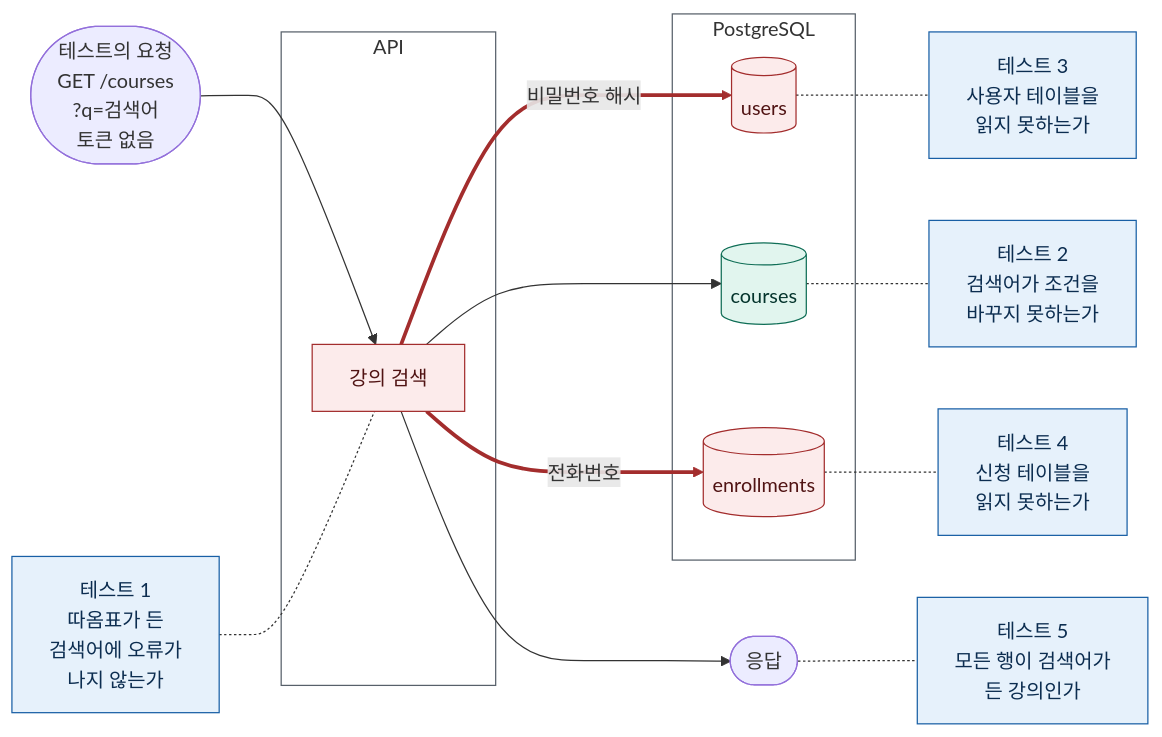
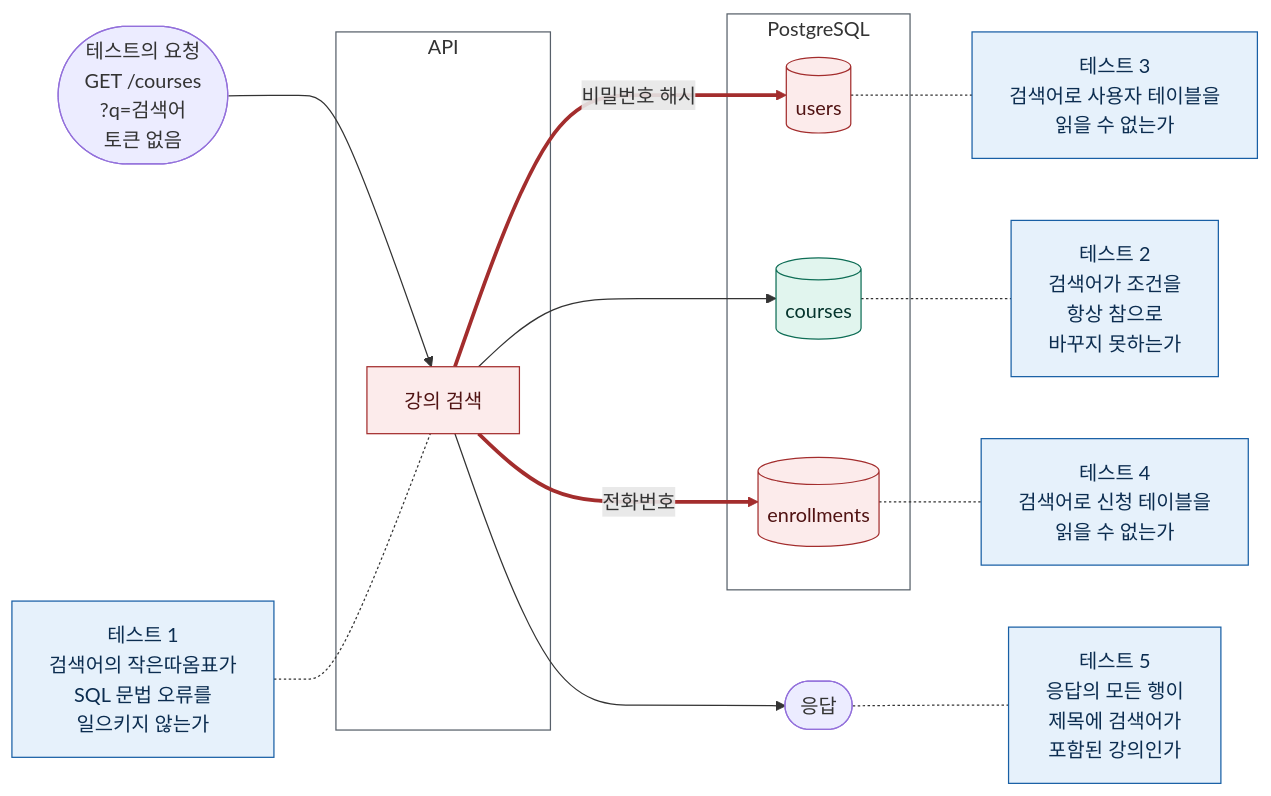
The second of 5 diagrams in docs/diagnosis/defect-6.md (loquemedalagana/secure-enroll-demo), drawn with Mermaid before and after one commit. The commit also changed other lines of this file, not shown here.

Commit message:
docs: 결함 6 보고서 3절 그림과 테스트 그림의 글자를 본문과 테스트 이름에 맞춤
'검색어를 쿼리에 이어 붙임'은 제목과 범례가 쓰는 'SQL 문자열에 이어 붙임'으로,
'검색어에 든'은 범례가 쓰는 '검색어에 포함된'으로 고쳤다.
Guard 상자의 '@Public이라 통과'는 누가 무엇을 통과시키는지를 적어
'공개 경로의 요청을 통과시킴'으로 고쳤다(4.2절 그림의 같은 상자 포함).
테스트 1~5의 상자는 3.4절 표와 courses.test.mjs의 지금 테스트 이름에 맞췄다.

````diff
--- a/docs/diagnosis/defect-6.md
+++ b/docs/diagnosis/defect-6.md
@@ -182,38 +182,38 @@
 ```mermaid
 flowchart LR
   req(["테스트의 요청<br/>GET /courses<br/>?q=검색어<br/>토큰 없음"])
 
   subgraph api["API"]
     s["강의 검색"]
   end
 
   subgraph db["PostgreSQL"]
     u[("users")]
     c[("courses")]
     e[("enrollments")]
   end
 
   res(["응답"])
 
   req --> s
   s == "비밀번호 해시" ==> u
   s --> c
   s == "전화번호" ==> e
   s --> res
 
-  t1["테스트 1<br/>따옴표가 든<br/>검색어에 오류가<br/>나지 않는가"] -.- s
-  u -.- t3["테스트 3<br/>사용자 테이블을<br/>읽지 못하는가"]
-  c -.- t2["테스트 2<br/>검색어가 조건을<br/>바꾸지 못하는가"]
-  e -.- t4["테스트 4<br/>신청 테이블을<br/>읽지 못하는가"]
-  res -.- t5["테스트 5<br/>모든 행이 검색어가<br/>든 강의인가"]
+  t1["테스트 1<br/>검색어의 작은따옴표가<br/>SQL 문법 오류를<br/>일으키지 않는가"] -.- s
+  u -.- t3["테스트 3<br/>검색어로 사용자 테이블을<br/>읽을 수 없는가"]
+  c -.- t2["테스트 2<br/>검색어가 조건을<br/>항상 참으로<br/>바꾸지 못하는가"]
+  e -.- t4["테스트 4<br/>검색어로 신청 테이블을<br/>읽을 수 없는가"]
+  res -.- t5["테스트 5<br/>응답의 모든 행이<br/>제목에 검색어가<br/>포함된 강의인가"]
 
   classDef danger fill:#FCEBEB,stroke:#A32D2D,color:#501313
   classDef safe fill:#E1F5EE,stroke:#0F6E56,color:#04342C
   classDef test fill:#E6F1FB,stroke:#185FA5,color:#0C2D50
   class s,u,e danger
   class c safe
   class t1,t2,t3,t4,t5 test
   style api fill:none,stroke:#57606a
   style db fill:none,stroke:#57606a
   linkStyle 1,3 stroke:#A32D2D,stroke-width:3px
 ```
````
